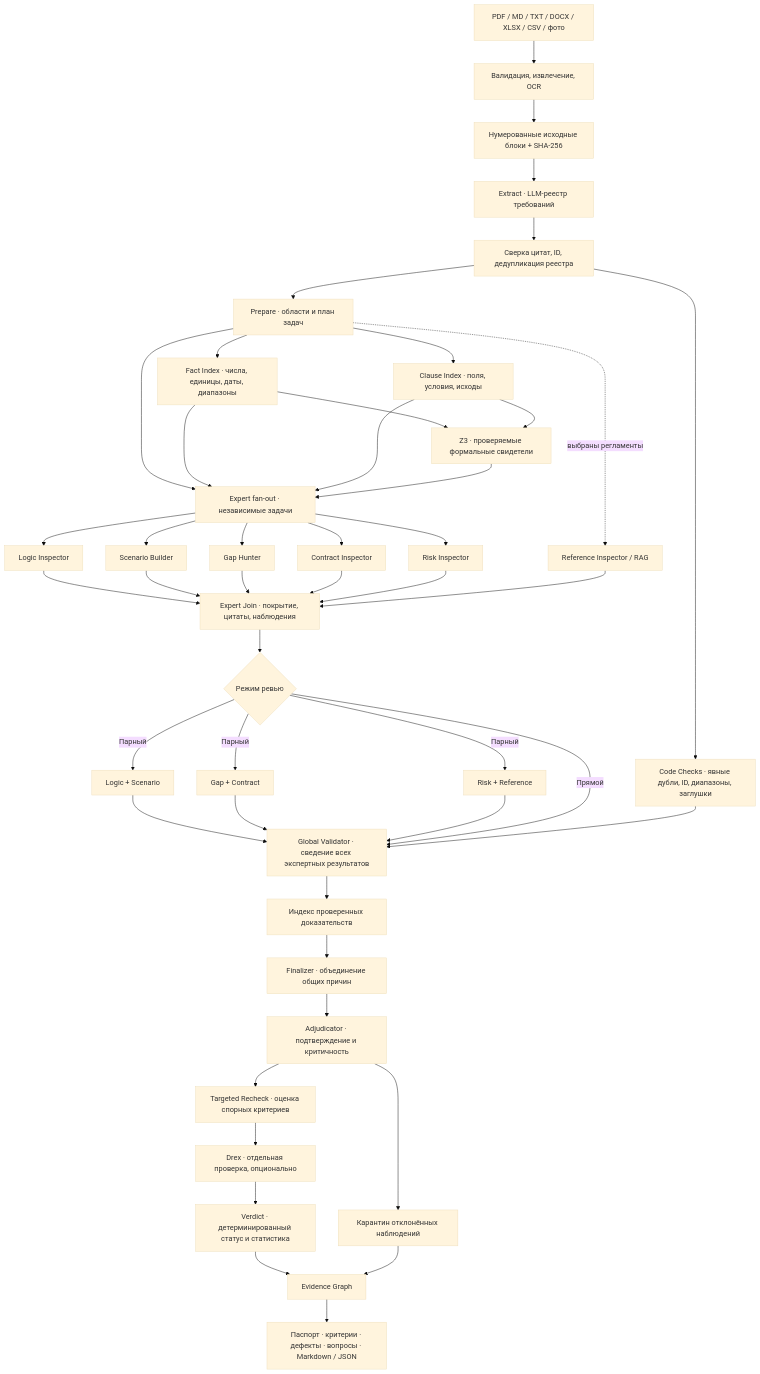
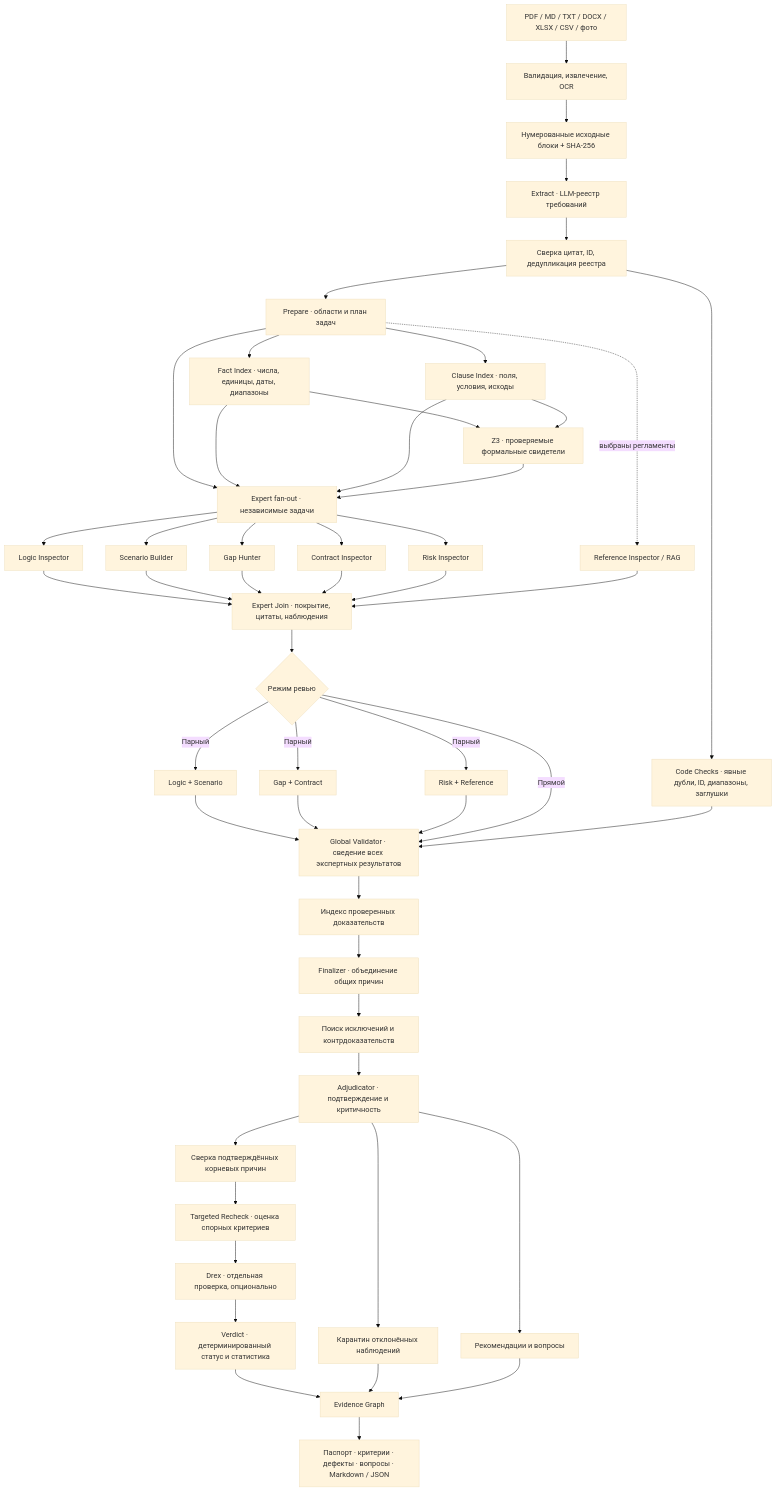
The second of 9 diagrams in README.md (Feruum/Darumleye), drawn with Mermaid (base theme) before and after one commit. The commit also changed other lines of this file and 91 other files, not shown here.

````diff
--- a/README.md
+++ b/README.md
@@ -105,36 +105,37 @@
 ```mermaid
 flowchart TD
     IN["PDF / MD / TXT / DOCX / XLSX / CSV / фото"] --> PARSE["Валидация, извлечение, OCR"]
     PARSE --> SRC["Нумерованные исходные блоки + SHA-256"]
     SRC --> EXT["Extract · LLM-реестр требований"]
     EXT --> CHECK["Сверка цитат, ID, дедупликация реестра"]
     CHECK --> PREP["Prepare · области и план задач"]
     PREP --> FACT["Fact Index · числа, единицы, даты, диапазоны"]
     PREP --> CLAUSE["Clause Index · поля, условия, исходы"]
     FACT & CLAUSE --> Z3["Z3 · проверяемые формальные свидетели"]
     PREP & FACT & CLAUSE & Z3 --> EXP["Expert fan-out · независимые задачи"]
     EXP --> L["Logic Inspector"]
     EXP --> S["Scenario Builder"]
     EXP --> G["Gap Hunter"]
     EXP --> C["Contract Inspector"]
     EXP --> R["Risk Inspector"]
     PREP -. "выбраны регламенты" .-> REF["Reference Inspector / RAG"]
     L & S & G & C & R & REF --> JOIN["Expert Join · покрытие, цитаты, наблюдения"]
     JOIN --> MODE{"Режим ревью"}
     MODE -->|"Парный"| P1["Logic + Scenario"]
     MODE -->|"Парный"| P2["Gap + Contract"]
     MODE -->|"Парный"| P3["Risk + Reference"]
     P1 & P2 & P3 --> GLOBAL["Global Validator · сведение всех экспертных результатов"]
     MODE -->|"Прямой"| GLOBAL
     CHECK --> STATIC["Code Checks · явные дубли, ID, диапазоны, заглушки"]
     STATIC --> GLOBAL
     GLOBAL --> IDX["Индекс проверенных доказательств"]
     IDX --> FIN["Finalizer · объединение общих причин"]
-    FIN --> ARB["Adjudicator · подтверждение и критичность"]
+    FIN --> COUNTER["Поиск исключений и контрдоказательств"] --> ARB["Adjudicator · подтверждение и критичность"]
     ARB --> QUAR["Карантин отклонённых наблюдений"]
-    ARB --> RECHECK["Targeted Recheck · оценка спорных критериев"]
+    ARB --> NOTES["Рекомендации и вопросы"]
+    ARB --> ROOT["Сверка подтверждённых корневых причин"] --> RECHECK["Targeted Recheck · оценка спорных критериев"]
     RECHECK --> DEC["Drex · отдельная проверка, опционально"]
     DEC --> VER["Verdict · детерминированный статус и статистика"]
-    VER & QUAR --> GRAPH["Evidence Graph"]
+    VER & QUAR & NOTES --> GRAPH["Evidence Graph"]
     GRAPH --> OUTPUT["Паспорт · критерии · дефекты · вопросы · Markdown / JSON"]
 ```
````
